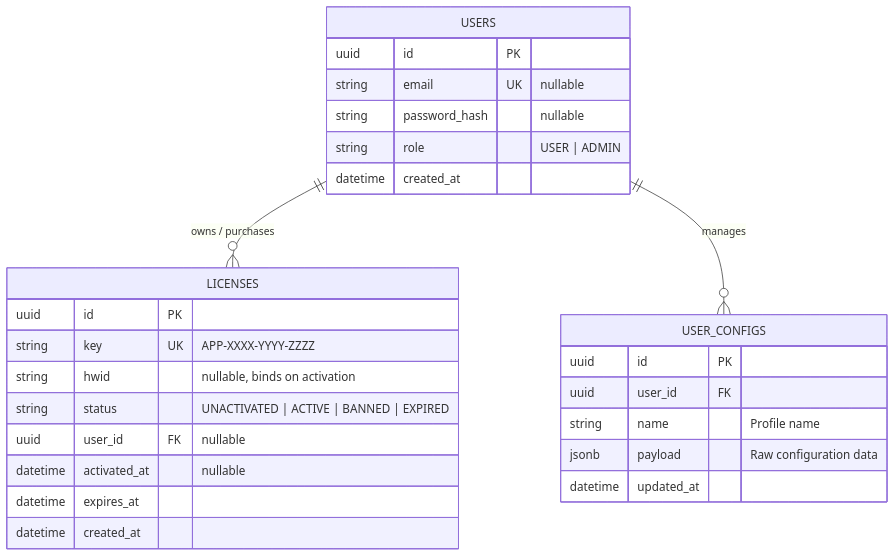
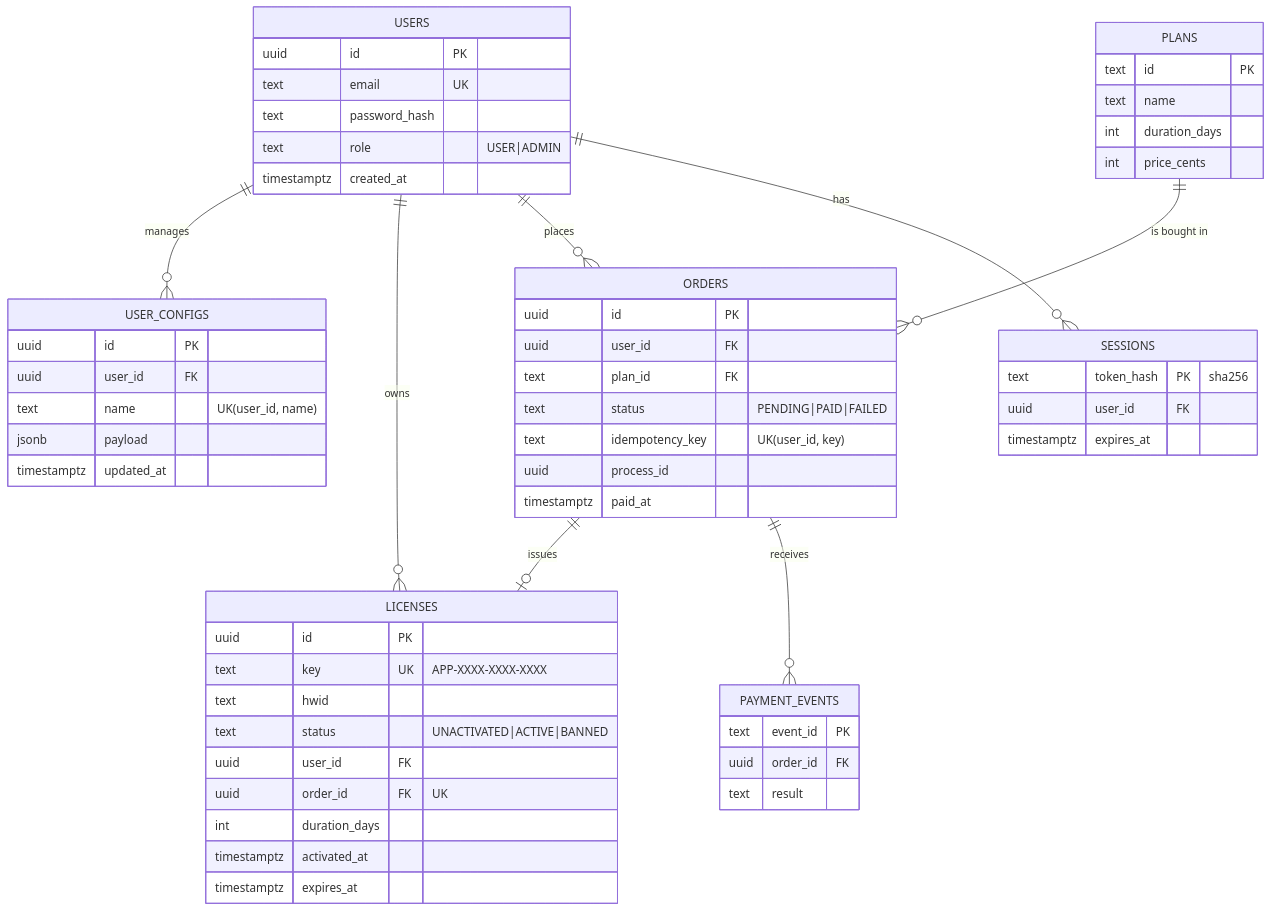
One commit to g-osypenko/nodejs-nzeta changed the diagram in spec.md. Above: the diagram before and after it, drawn with Mermaid. The commit also changed other lines of this file, not shown here.

Commit message:
docs(spec): lab2 scenarios, db schema, error codes and acceptance criteria
Adds plans/orders/payment_events/sessions entities required for idempotent checkout, makes license term start at activation, fixes out-of-scope items.

````diff
--- a/spec.md
+++ b/spec.md
@@ -20,32 +25,60 @@
 ```mermaid
 erDiagram
-    USERS ||--o{ LICENSES : "owns / purchases"
-    USERS ||--o{ USER_CONFIGS : "manages"
-
+    USERS ||--o{ SESSIONS : has
+    USERS ||--o{ ORDERS : places
+    PLANS ||--o{ ORDERS : "is bought in"
+    ORDERS ||--o{ PAYMENT_EVENTS : receives
+    ORDERS ||--o| LICENSES : issues
+    USERS ||--o{ LICENSES : owns
+    USERS ||--o{ USER_CONFIGS : manages
     USERS {
         uuid id PK
-        string email UK "nullable"
-        string password_hash "nullable"
-        string role "USER | ADMIN"
-        datetime created_at
+        text email UK
+        text password_hash
+        text role "USER|ADMIN"
+        timestamptz created_at
     }
-
+    SESSIONS {
+        text token_hash PK "sha256"
+        uuid user_id FK
+        timestamptz expires_at
+    }
+    PLANS {
+        text id PK
+        text name
+        int duration_days
+        int price_cents
+    }
+    ORDERS {
+        uuid id PK
+        uuid user_id FK
+        text plan_id FK
+        text status "PENDING|PAID|FAILED"
+        text idempotency_key "UK(user_id, key)"
+        uuid process_id
+        timestamptz paid_at
+    }
+    PAYMENT_EVENTS {
+        text event_id PK
+        uuid order_id FK
+        text result
+    }
     LICENSES {
         uuid id PK
-        string key UK "APP-XXXX-YYYY-ZZZZ"
-        string hwid "nullable, binds on activation"
-        string status "UNACTIVATED | ACTIVE | BANNED | EXPIRED"
-        uuid user_id FK "nullable"
-        datetime activated_at "nullable"
-        datetime expires_at
-        datetime created_at
+        text key UK "APP-XXXX-XXXX-XXXX"
+        text hwid
+        text status "UNACTIVATED|ACTIVE|BANNED"
+        uuid user_id FK
+        uuid order_id FK "UK"
+        int duration_days
+        timestamptz activated_at
+        timestamptz expires_at
     }
-
     USER_CONFIGS {
         uuid id PK
         uuid user_id FK
-        string name "Profile name"
-        jsonb payload "Raw configuration data"
-        datetime updated_at
+        text name "UK(user_id, name)"
+        jsonb payload
+        timestamptz updated_at
     }
 ```
````
